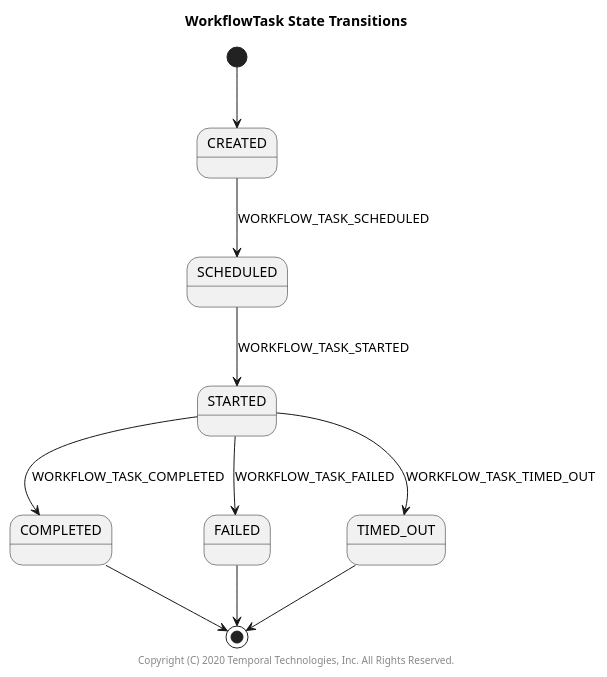
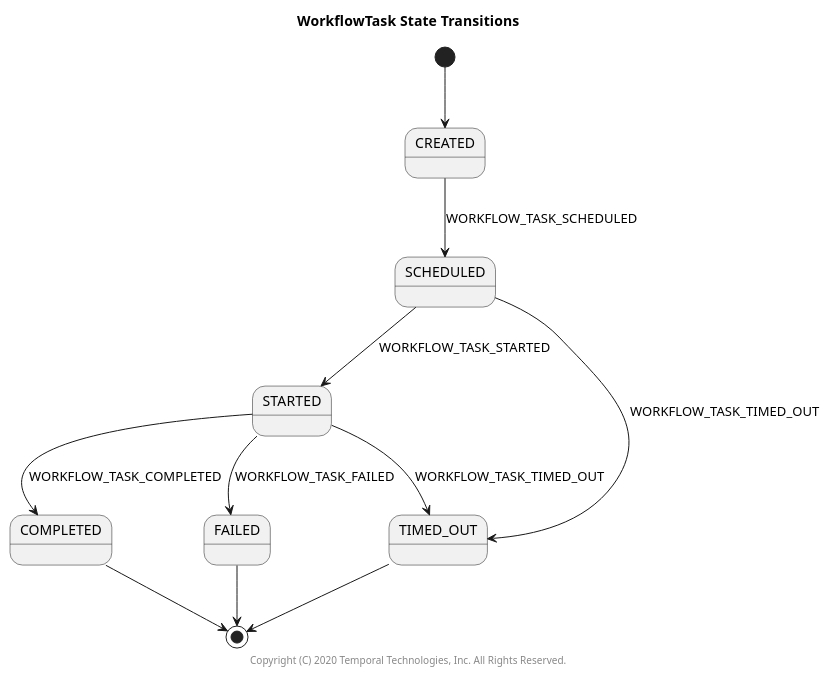
One commit to temporalio/sdk-java changed the diagram in src/main/java/io/temporal/internal/statemachines/WorkflowTaskStateMachine.puml. Above: the diagram before and after it, drawn with PlantUML. The commit also changed 16 other files, not shown here.

```diff
--- a/src/main/java/io/temporal/internal/statemachines/WorkflowTaskStateMachine.puml
+++ b/src/main/java/io/temporal/internal/statemachines/WorkflowTaskStateMachine.puml
@@ -23,14 +23,15 @@
 @startuml
 title WorkflowTask State Transitions
 
 [*] --> CREATED
 CREATED --> SCHEDULED: WORKFLOW_TASK_SCHEDULED
 SCHEDULED --> STARTED: WORKFLOW_TASK_STARTED
+SCHEDULED --> TIMED_OUT: WORKFLOW_TASK_TIMED_OUT
 STARTED --> COMPLETED: WORKFLOW_TASK_COMPLETED
 STARTED --> FAILED: WORKFLOW_TASK_FAILED
 STARTED --> TIMED_OUT: WORKFLOW_TASK_TIMED_OUT
 COMPLETED --> [*]
 TIMED_OUT --> [*]
 FAILED --> [*]
 center footer Copyright (C) 2020 Temporal Technologies, Inc. All Rights Reserved.
 @enduml
```
